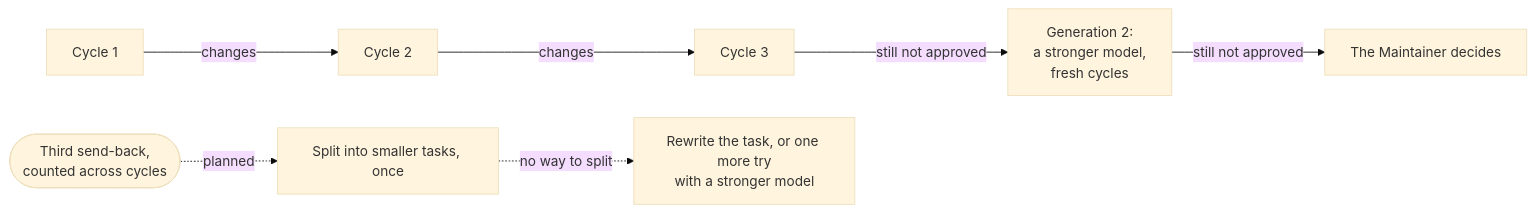
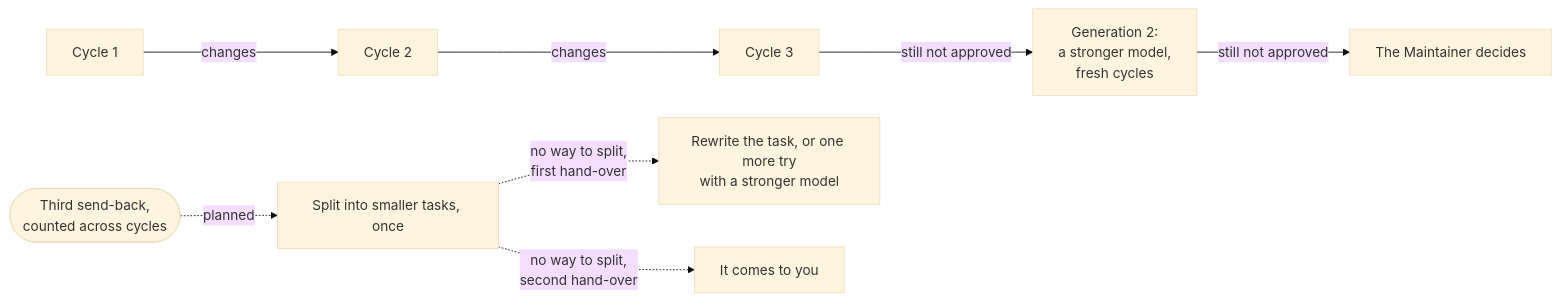
Before and after one commit to shinyredapples/intakt: the third of 5 diagrams in docs/guide/the-engine-room.md, drawn with Mermaid (base theme). The commit also changed other lines of this file and 1 other file, not shown here.

Commit message:
docs(guide): limit rewrite and retry to the first hand-over in both guides

````diff
--- a/docs/guide/the-engine-room.md
+++ b/docs/guide/the-engine-room.md
@@ -132,8 +132,9 @@
 ```mermaid
 flowchart LR
   c1[Cycle 1] -- changes --> c2[Cycle 2] -- changes --> c3[Cycle 3]
   c3 -- still not approved --> g2[Generation 2:<br/>a stronger model,<br/>fresh cycles]
   g2 -- still not approved --> m[The Maintainer decides]
   sb([Third send-back,<br/>counted across cycles]) -. planned .-> s[Split into smaller tasks, once]
-  s -. "no way to split" .-> r[Rewrite the task, or one more try<br/>with a stronger model]
+  s -. "no way to split,<br/>first hand-over" .-> r[Rewrite the task, or one more try<br/>with a stronger model]
+  s -. "no way to split,<br/>second hand-over" .-> o[It comes to you]
 ```
````
